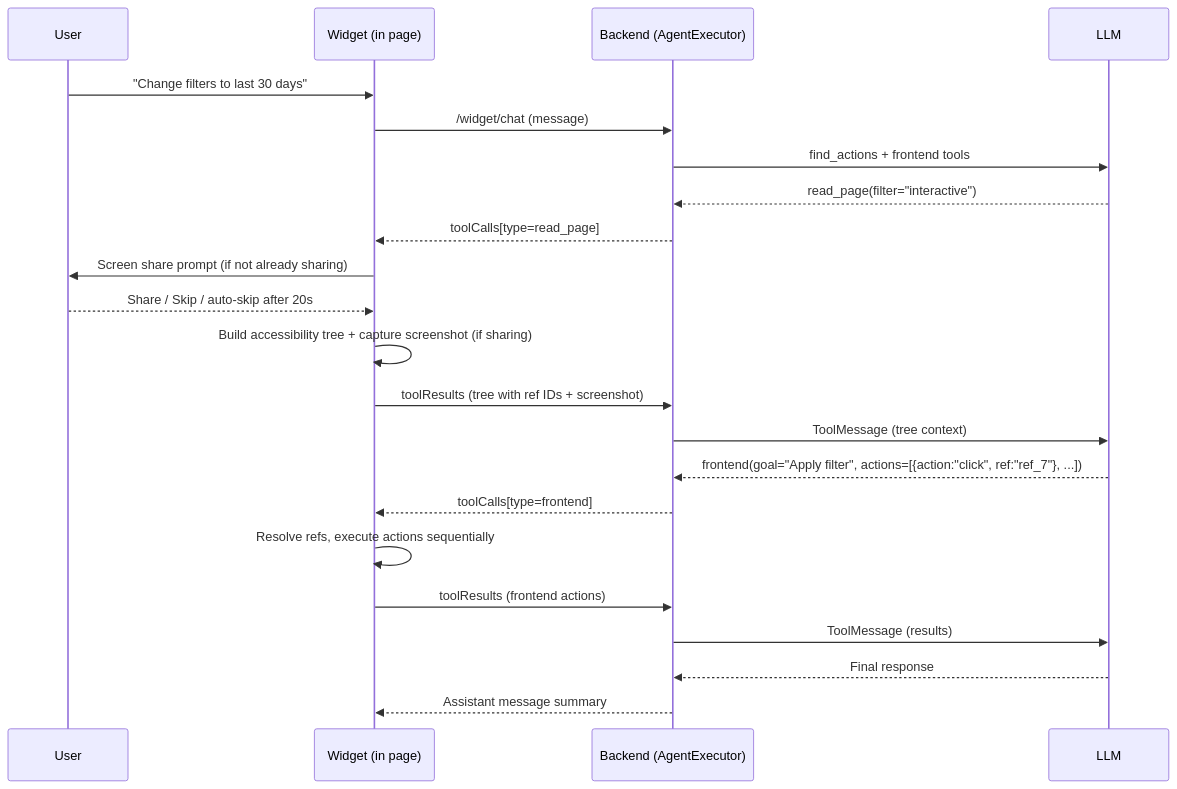
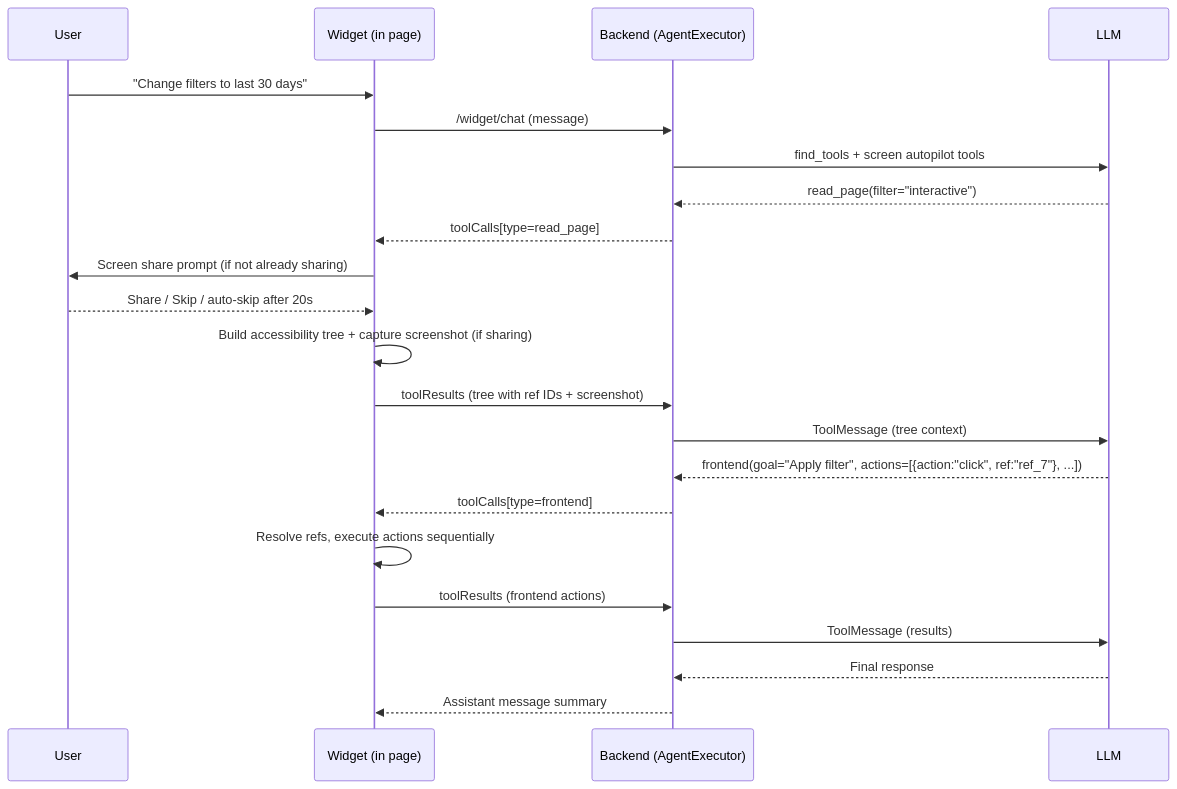
The first of 2 diagrams in docs/frontend-agent.md (mostafasudo/warpy), drawn with Mermaid before and after one commit. The commit also changed other lines of this file and 103 other files, not shown here.

````diff
--- a/docs/frontend-agent.md
+++ b/docs/frontend-agent.md
@@ -27,25 +60,25 @@
 ```mermaid
 sequenceDiagram
   participant U as User
   participant W as Widget (in page)
   participant B as Backend (AgentExecutor)
   participant L as LLM
 
   U->>W: "Change filters to last 30 days"
   W->>B: /widget/chat (message)
-  B->>L: find_actions + frontend tools
+  B->>L: find_tools + screen autopilot tools
   L-->>B: read_page(filter="interactive")
   B-->>W: toolCalls[type=read_page]
   W->>U: Screen share prompt (if not already sharing)
   U-->>W: Share / Skip / auto-skip after 20s
   W->>W: Build accessibility tree + capture screenshot (if sharing)
   W->>B: toolResults (tree with ref IDs + screenshot)
   B->>L: ToolMessage (tree context)
   L-->>B: frontend(goal="Apply filter", actions=[{action:"click", ref:"ref_7"}, ...])
   B-->>W: toolCalls[type=frontend]
   W->>W: Resolve refs, execute actions sequentially
   W->>B: toolResults (frontend actions)
   B->>L: ToolMessage (results)
   L-->>B: Final response
   B-->>W: Assistant message summary
 ```
````
